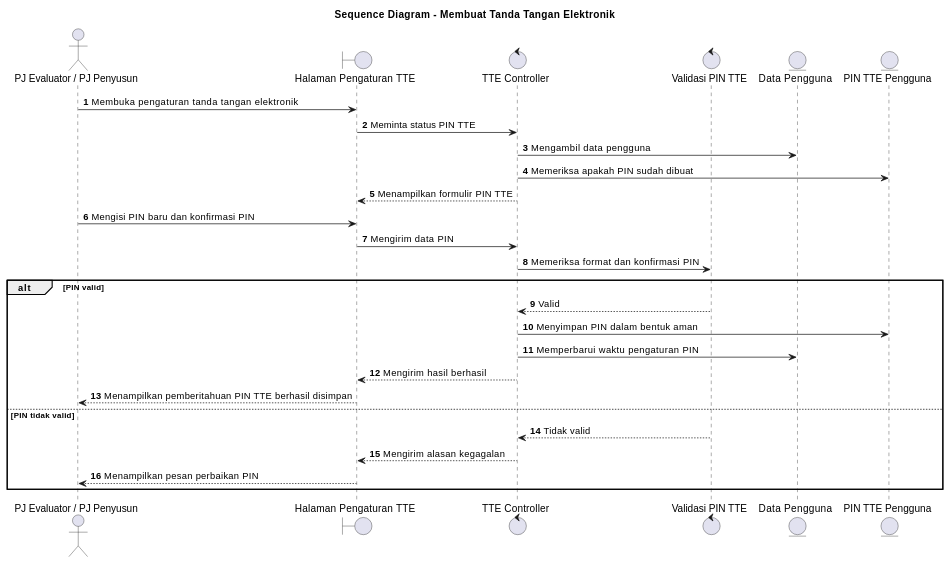
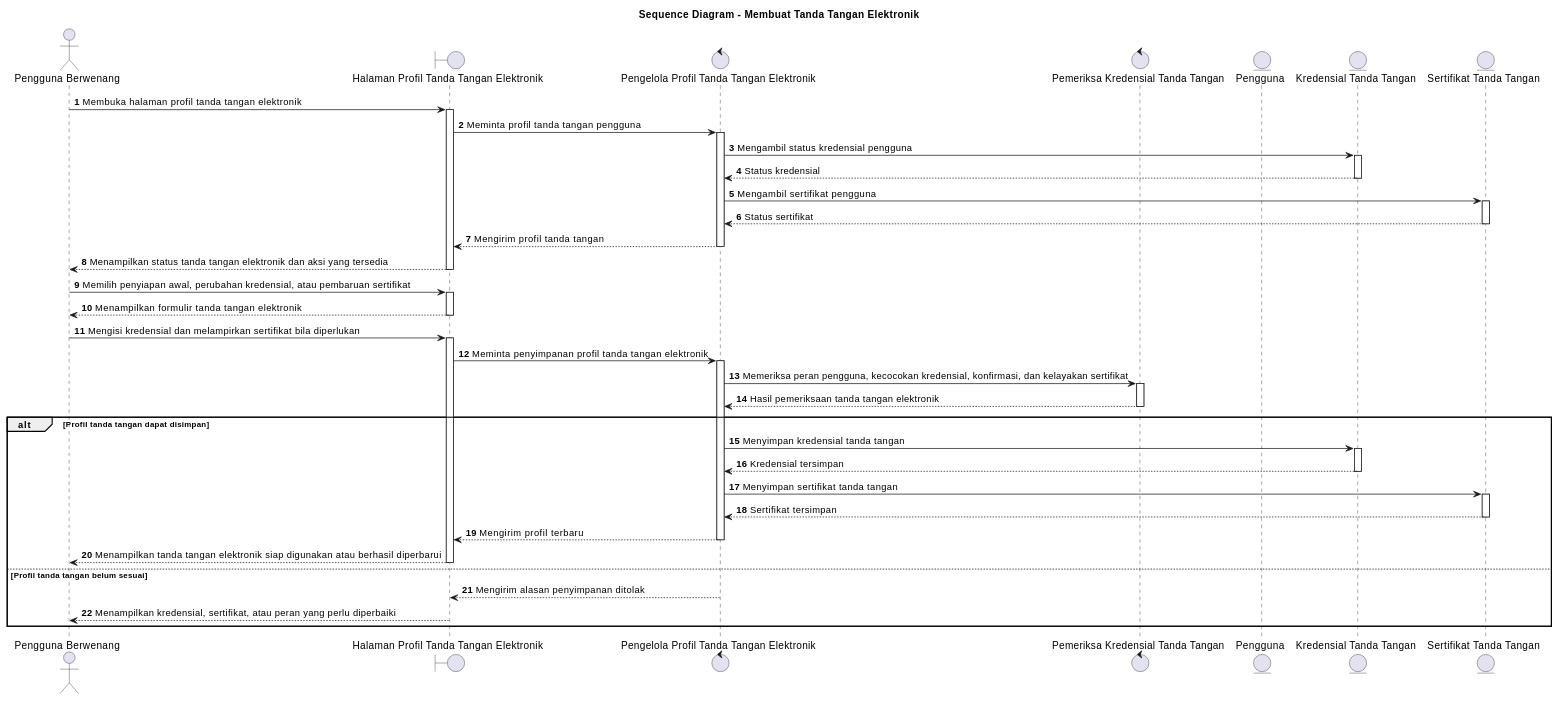
Before and after one commit to howlil/sop-generate-app: the diagram in docs/sequence/lampiran/pj-evaluator-pj-penyusun-membuat-tanda-tangan-elektronik.md, drawn with PlantUML. The commit also changed other lines of this file and 90 other files, not shown here.

````diff
--- a/docs/sequence/lampiran/pj-evaluator-pj-penyusun-membuat-tanda-tangan-elektronik.md
+++ b/docs/sequence/lampiran/pj-evaluator-pj-penyusun-membuat-tanda-tangan-elektronik.md
@@ -16,36 +16,43 @@
 ```plantuml
 @startuml
 title Sequence Diagram - Membuat Tanda Tangan Elektronik
 autonumber
+autoactivate on
 
-actor "PJ Evaluator / PJ Penyusun" as Aktor
-boundary "Halaman Pengaturan TTE" as UI
-control "TTE Controller" as TTECtrl
-control "Validasi PIN TTE" as Validasi
-entity "Data Pengguna" as Pengguna
-entity "PIN TTE Pengguna" as Pin
+actor "Pengguna Berwenang" as A
+boundary "Halaman Profil Tanda Tangan Elektronik" as B
+control "Pengelola Profil Tanda Tangan Elektronik" as C
+control "Pemeriksa Kredensial Tanda Tangan" as D
+entity "Pengguna" as Pengguna
+entity "Kredensial Tanda Tangan" as Kredensial
+entity "Sertifikat Tanda Tangan" as Sertifikat
 
-Aktor -> UI : Membuka pengaturan tanda tangan elektronik
-UI -> TTECtrl : Meminta status PIN TTE
-TTECtrl -> Pengguna : Mengambil data pengguna
-TTECtrl -> Pin : Memeriksa apakah PIN sudah dibuat
-TTECtrl --> UI : Menampilkan formulir PIN TTE
+A -> B : Membuka halaman profil tanda tangan elektronik
+B -> C : Meminta profil tanda tangan pengguna
+C -> Kredensial : Mengambil status kredensial pengguna
+Kredensial --> C : Status kredensial
+C -> Sertifikat : Mengambil sertifikat pengguna
+Sertifikat --> C : Status sertifikat
+C --> B : Mengirim profil tanda tangan
+B --> A : Menampilkan status tanda tangan elektronik dan aksi yang tersedia
 
-Aktor -> UI : Mengisi PIN baru dan konfirmasi PIN
-UI -> TTECtrl : Mengirim data PIN
-TTECtrl -> Validasi : Memeriksa format dan konfirmasi PIN
-
-alt PIN valid
-  Validasi --> TTECtrl : Valid
-  TTECtrl -> Pin : Menyimpan PIN dalam bentuk aman
-  TTECtrl -> Pengguna : Memperbarui waktu pengaturan PIN
-  TTECtrl --> UI : Mengirim hasil berhasil
-  UI --> Aktor : Menampilkan pemberitahuan PIN TTE berhasil disimpan
-else PIN tidak valid
-  Validasi --> TTECtrl : Tidak valid
-  TTECtrl --> UI : Mengirim alasan kegagalan
-  UI --> Aktor : Menampilkan pesan perbaikan PIN
+A -> B : Memilih penyiapan awal, perubahan kredensial, atau pembaruan sertifikat
+B --> A : Menampilkan formulir tanda tangan elektronik
+A -> B : Mengisi kredensial dan melampirkan sertifikat bila diperlukan
+B -> C : Meminta penyimpanan profil tanda tangan elektronik
+C -> D : Memeriksa peran pengguna, kecocokan kredensial, konfirmasi, dan kelayakan sertifikat
+D --> C : Hasil pemeriksaan tanda tangan elektronik
+alt Profil tanda tangan dapat disimpan
+  C -> Kredensial : Menyimpan kredensial tanda tangan
+  Kredensial --> C : Kredensial tersimpan
+  C -> Sertifikat : Menyimpan sertifikat tanda tangan
+  Sertifikat --> C : Sertifikat tersimpan
+  C --> B : Mengirim profil terbaru
+  B --> A : Menampilkan tanda tangan elektronik siap digunakan atau berhasil diperbarui
+else Profil tanda tangan belum sesuai
+  C --> B : Mengirim alasan penyimpanan ditolak
+  B --> A : Menampilkan kredensial, sertifikat, atau peran yang perlu diperbaiki
 end
 
 @enduml
 ```
````
